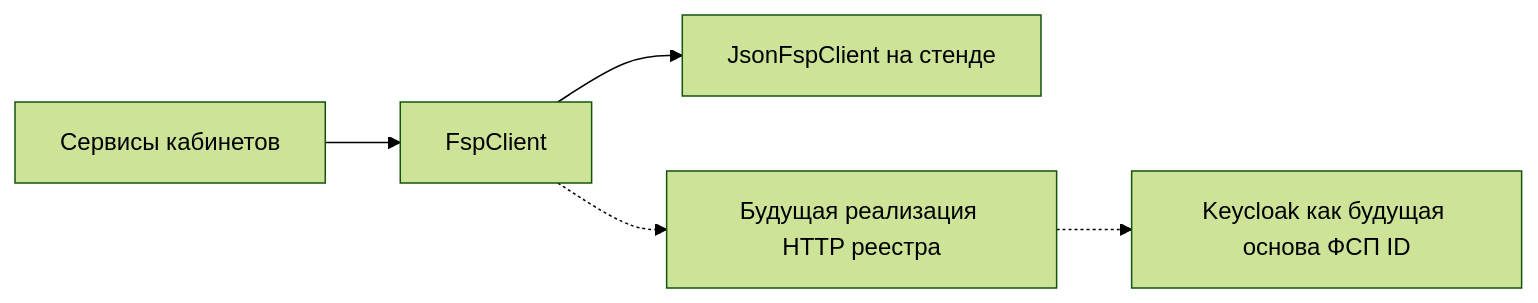
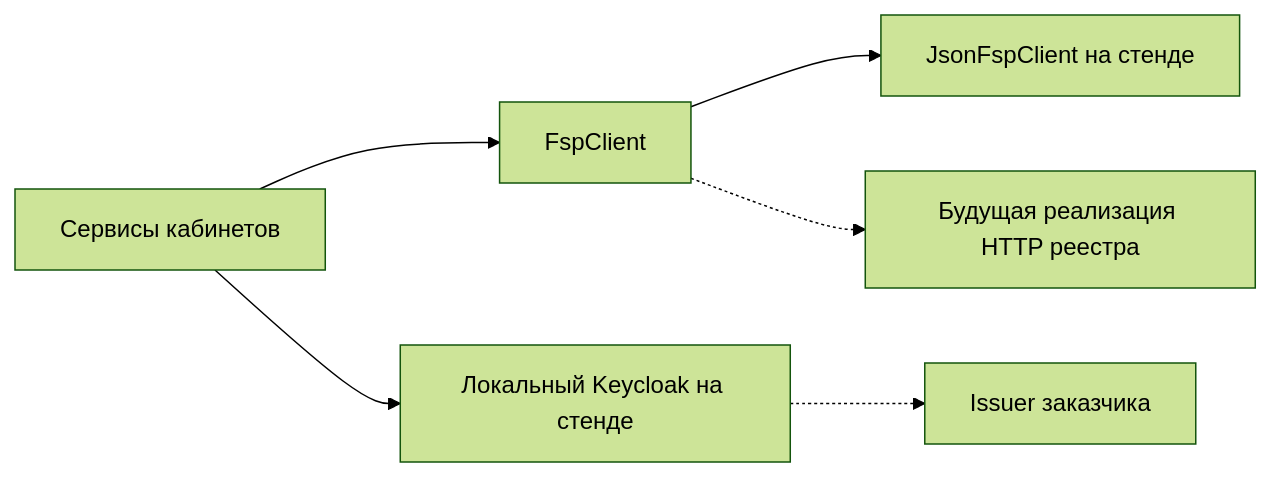
Before and after one commit to unhexx/hackaton_exception_expert: the diagram in product/docs/zapiska.md, drawn with Mermaid (forest theme). The commit also changed other lines of this file, not shown here.

Commit message:
Уточнил в записке локальный Keycloak стенда и пунктир issuer заказчика.

````diff
--- a/product/docs/zapiska.md
+++ b/product/docs/zapiska.md
@@ -65,7 +65,8 @@
 ```mermaid
 flowchart LR
   app[Сервисы кабинетов] --> client[FspClient]
   client --> json[JsonFspClient на стенде]
   client -.-> http[Будущая реализация HTTP реестра]
-  http -.-> idp[Keycloak как будущая основа ФСП ID]
+  app --> kc[Локальный Keycloak на стенде]
+  kc -.-> issuer[Issuer заказчика]
 ```
````
